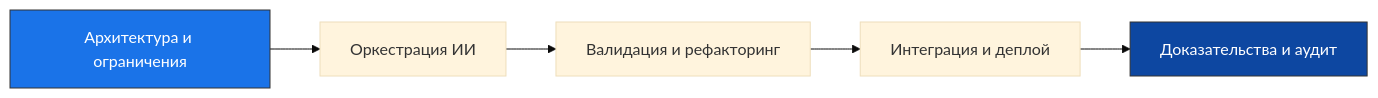
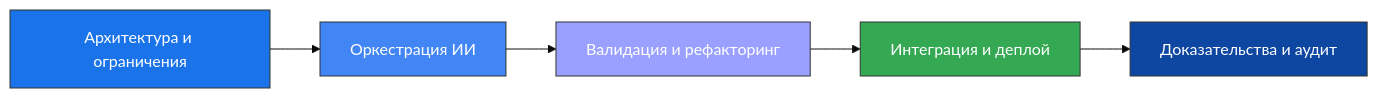
Before and after one commit to Control39/portfolio-system-architect: the first of 2 diagrams in README.md, drawn with Mermaid (base theme). The commit also changed other lines of this file and 363 other files, not shown here.

````diff
--- a/README.md
+++ b/README.md
@@ -95,10 +114,13 @@
 ```mermaid
 graph LR
     A[Архитектура и ограничения] --> B[Оркестрация ИИ]
     B --> C[Валидация и рефакторинг]
     C --> D[Интеграция и деплой]
     D --> E[Доказательства и аудит]
 
     style A fill:#1a73e8,stroke:#333,color:#fff
+    style B fill:#4285f4,stroke:#333,color:#fff
+    style C fill:#9aa0ff,stroke:#333,color:#fff
+    style D fill:#34a853,stroke:#333,color:#fff
     style E fill:#0d47a1,stroke:#333,color:#fff
 ```
````
